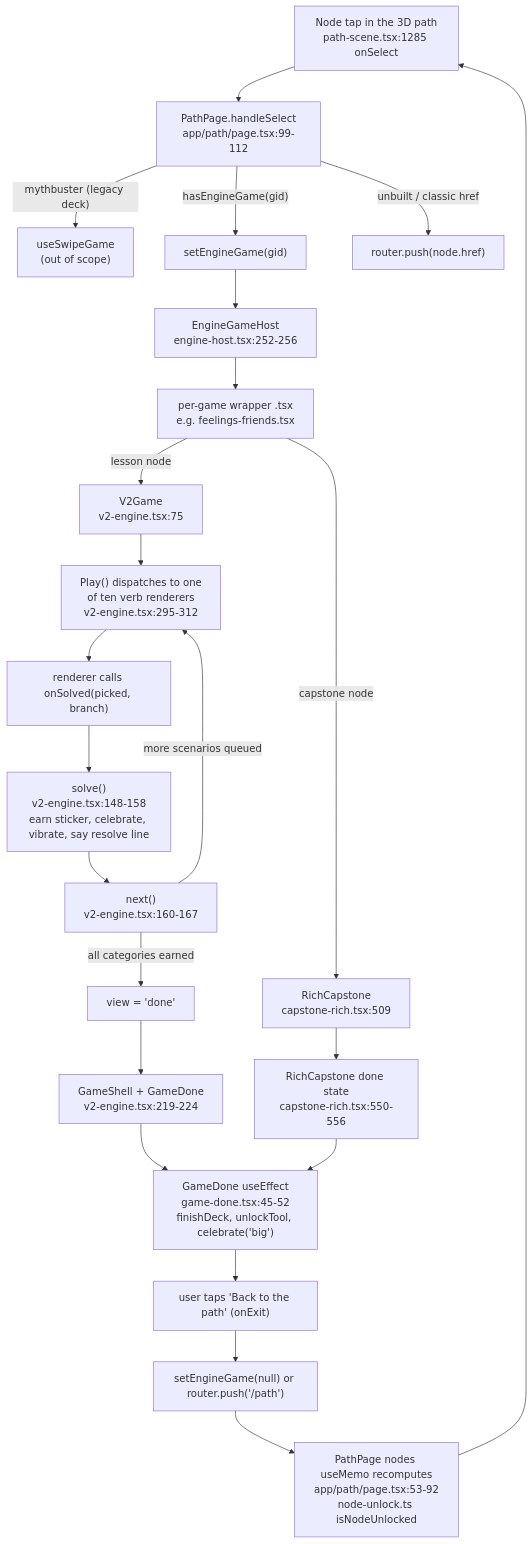
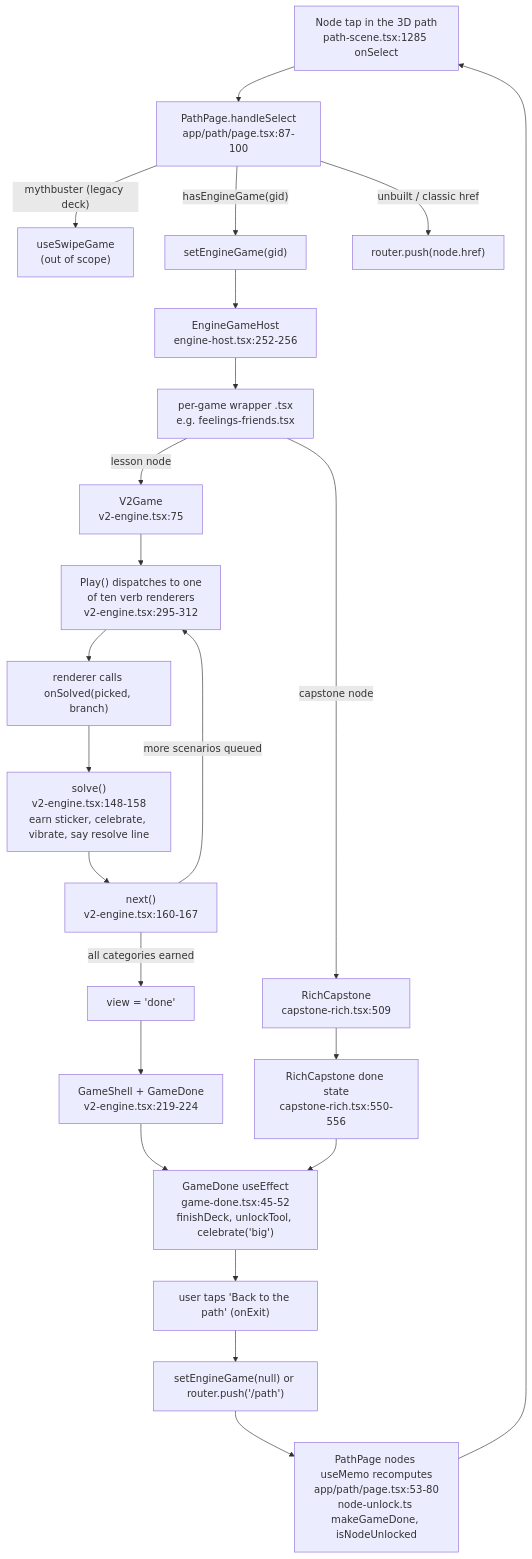
Before and after one commit to priyanshuj0410-code/swipeed-equal-lens: the diagram in knowledge/architecture/v2-engine.md, drawn with Mermaid. The commit also changed other lines of this file and 6 other files, not shown here.

````diff
--- a/knowledge/architecture/v2-engine.md
+++ b/knowledge/architecture/v2-engine.md
@@ -53,25 +54,25 @@
 ```mermaid
 flowchart TD
-    A["Node tap in the 3D path<br/>path-scene.tsx:1285 onSelect"] --> B["PathPage.handleSelect<br/>app/path/page.tsx:99-112"]
+    A["Node tap in the 3D path<br/>path-scene.tsx:1285 onSelect"] --> B["PathPage.handleSelect<br/>app/path/page.tsx:87-100"]
     B -->|"mythbuster (legacy deck)"| C["useSwipeGame<br/>(out of scope)"]
     B -->|"hasEngineGame(gid)"| D["setEngineGame(gid)"]
     B -->|"unbuilt / classic href"| E["router.push(node.href)"]
     D --> F["EngineGameHost<br/>engine-host.tsx:252-256"]
     F --> G["per-game wrapper .tsx<br/>e.g. feelings-friends.tsx"]
     G -->|"lesson node"| H["V2Game<br/>v2-engine.tsx:75"]
     G -->|"capstone node"| I["RichCapstone<br/>capstone-rich.tsx:509"]
     H --> J["Play() dispatches to one<br/>of ten verb renderers<br/>v2-engine.tsx:295-312"]
     J --> K["renderer calls onSolved(picked, branch)"]
     K --> L["solve()<br/>v2-engine.tsx:148-158<br/>earn sticker, celebrate, vibrate, say resolve line"]
     L --> M["next()<br/>v2-engine.tsx:160-167"]
     M -->|"more scenarios queued"| J
     M -->|"all categories earned"| N["view = 'done'"]
     N --> O["GameShell + GameDone<br/>v2-engine.tsx:219-224"]
     I --> O2["RichCapstone done state<br/>capstone-rich.tsx:550-556"]
     O --> P["GameDone useEffect<br/>game-done.tsx:45-52<br/>finishDeck, unlockTool, celebrate('big')"]
     O2 --> P
     P --> Q["user taps 'Back to the path' (onExit)"]
     Q --> R["setEngineGame(null) or router.push('/path')"]
-    R --> S["PathPage nodes useMemo recomputes<br/>app/path/page.tsx:53-92<br/>node-unlock.ts isNodeUnlocked"]
+    R --> S["PathPage nodes useMemo recomputes<br/>app/path/page.tsx:53-80<br/>node-unlock.ts makeGameDone, isNodeUnlocked"]
     S --> A
 ```
````
